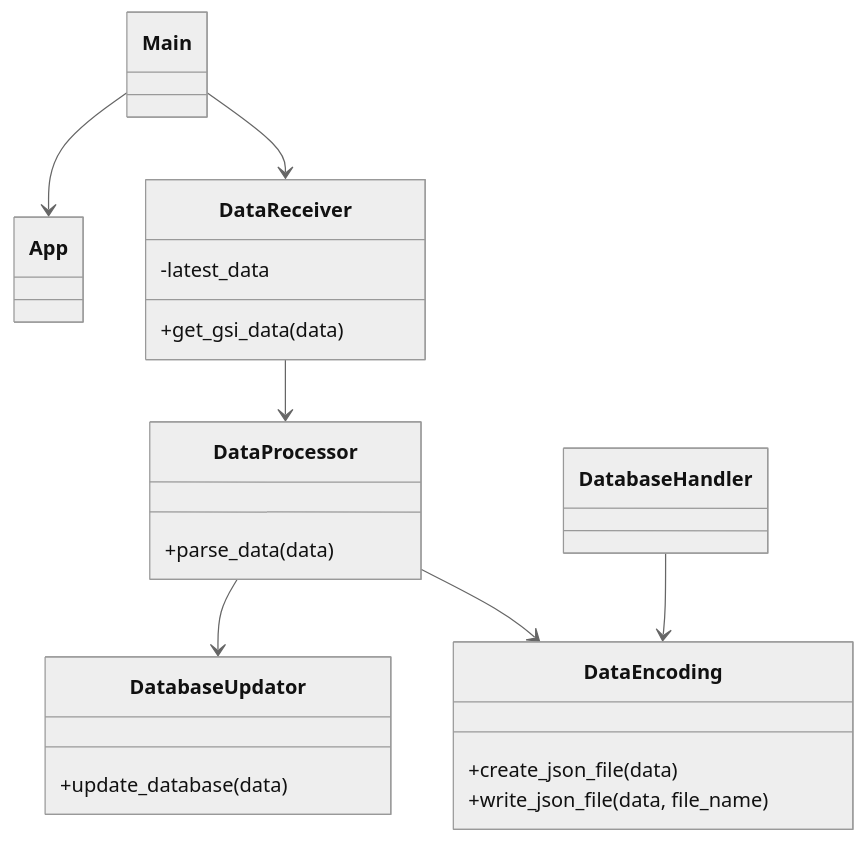
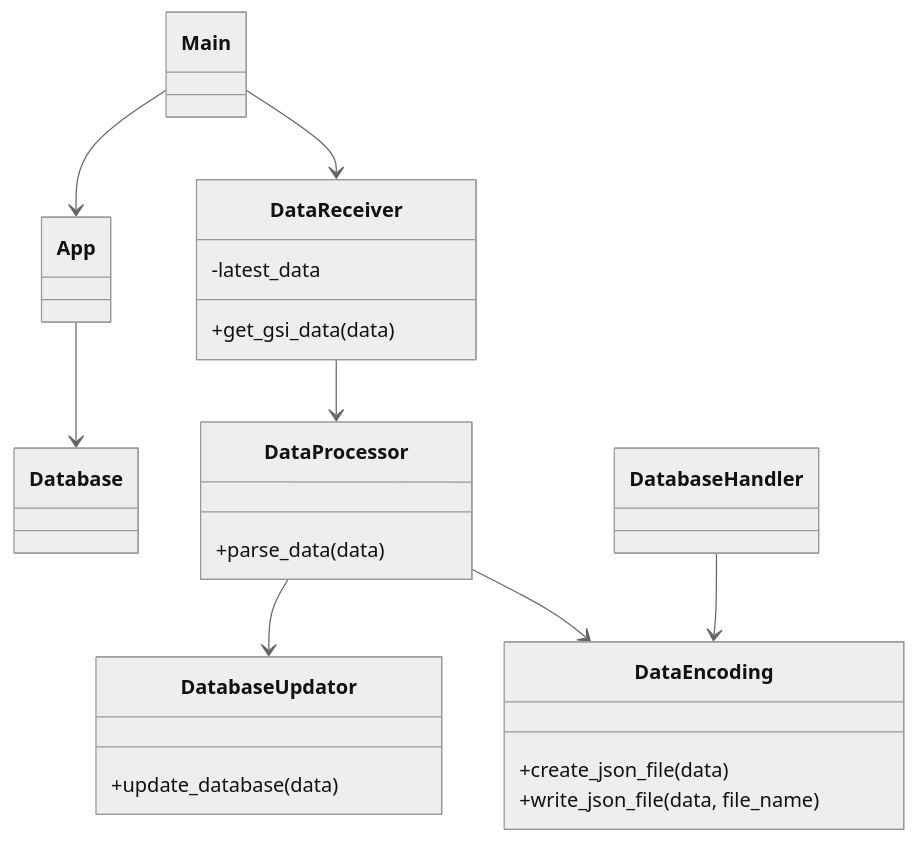
The diagram in docs/class_diagram.md (NikiPOU/elisaohtuprojekti), drawn with Mermaid (neutral theme) before and after one commit.

````diff
--- a/docs/class_diagram.md
+++ b/docs/class_diagram.md
@@ -1,29 +1,30 @@
 ```mermaid
 classDiagram
-    class Main
+    class App
 
-    class App
+    class Database
 
     class DataReceiver
     DataReceiver : -latest_data
     DataReceiver : +get_gsi_data(data)
 
     class DataProcessor
     DataProcessor : +parse_data(data)
 
     class DatabaseUpdator
     DatabaseUpdator : +update_database(data)
 
     class DatabaseHandler
 
     class DataEncoding
     DataEncoding : +create_json_file(data)
     DataEncoding : +write_json_file(data, file_name)
 
+    App --> Database
     DataReceiver --> DataProcessor
     Main --> DataReceiver
     Main --> App
     DataProcessor --> DataEncoding
     DataProcessor --> DatabaseUpdator
     DatabaseHandler --> DataEncoding
 ```
````
